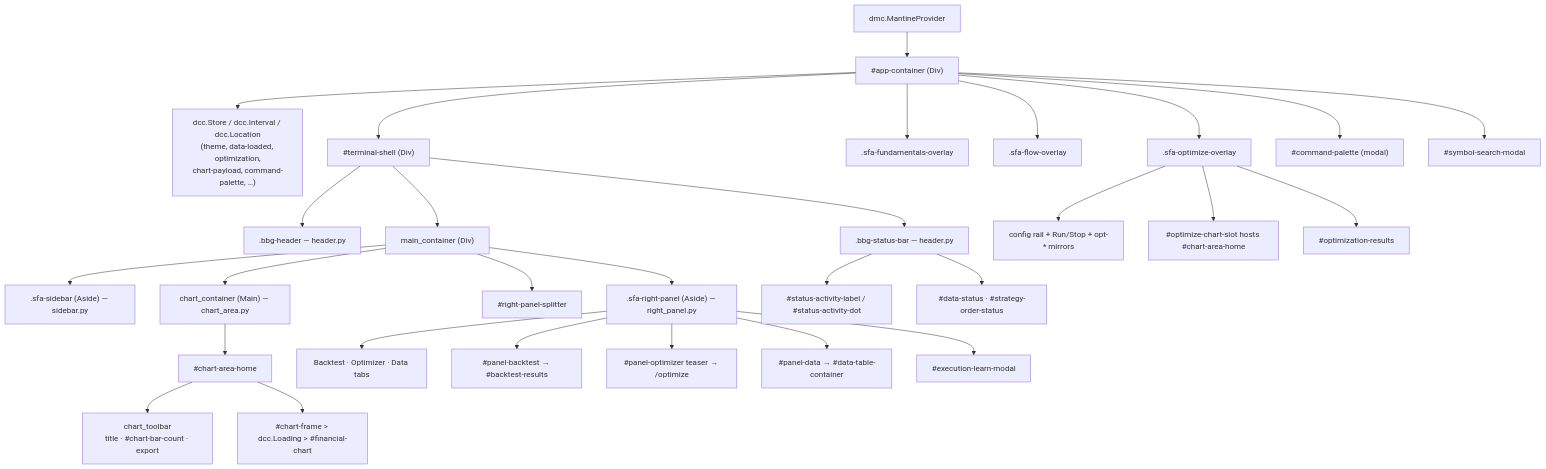
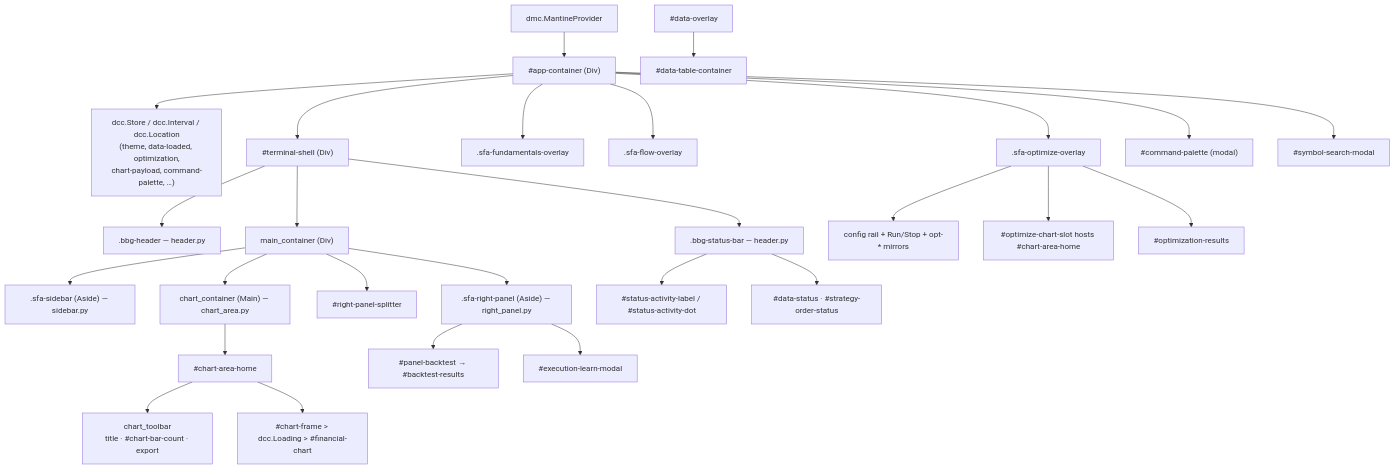
One commit to Noeinkan/F2_SearchForAlpha_lab changed the diagram in docs/ui-architecture.md. Above: the diagram before and after it, drawn with Mermaid. The commit also changed other lines of this file and 17 other files, not shown here.

First line of the commit message:
refactor(dash): streamline right panel and enhance data overlay functionality

````diff
--- a/docs/ui-architecture.md
+++ b/docs/ui-architecture.md
@@ -14,37 +14,35 @@
 ```mermaid
 graph TD
     MP[dmc.MantineProvider] --> APP["#app-container (Div)"]
     APP --> STORES["dcc.Store / dcc.Interval / dcc.Location<br/>(theme, data-loaded, optimization,<br/>chart-payload, command-palette, …)"]
     APP --> SHELL["#terminal-shell (Div)"]
     APP --> FOV[".sfa-fundamentals-overlay"]
     APP --> FLOW[".sfa-flow-overlay"]
     APP --> OPTWS[".sfa-optimize-overlay"]
     APP --> PALETTE["#command-palette (modal)"]
     APP --> SYMSEARCH["#symbol-search-modal"]
 
     SHELL --> HEADER[".bbg-header — header.py"]
     SHELL --> MAIN["main_container (Div)"]
     SHELL --> STATUS[".bbg-status-bar — header.py"]
 
     MAIN --> SIDEBAR[".sfa-sidebar (Aside) — sidebar.py"]
     MAIN --> CHART["chart_container (Main) — chart_area.py"]
     MAIN --> SPLIT["#right-panel-splitter"]
     MAIN --> RIGHT[".sfa-right-panel (Aside) — right_panel.py"]
 
     CHART --> HOME["#chart-area-home"]
     HOME --> TOOLBAR["chart_toolbar<br/>title · #chart-bar-count · export"]
     HOME --> FRAME["#chart-frame > dcc.Loading > #financial-chart"]
 
-    RIGHT --> TABS["Backtest · Optimizer · Data tabs"]
     RIGHT --> BT["#panel-backtest → #backtest-results"]
-    RIGHT --> OPT["#panel-optimizer teaser → /optimize"]
-    RIGHT --> DATA["#panel-data → #data-table-container"]
     RIGHT --> EXEC["#execution-learn-modal"]
+    DATAOV["#data-overlay"] --> DATATABLE["#data-table-container"]
 
     OPTWS --> OPTCFG["config rail + Run/Stop + opt-* mirrors"]
     OPTWS --> OPTSLOT["#optimize-chart-slot hosts #chart-area-home"]
     OPTWS --> OPTRES["#optimization-results"]
 
     STATUS --> ACT["#status-activity-label / #status-activity-dot"]
     STATUS --> DS["#data-status · #strategy-order-status"]
 ```
````
